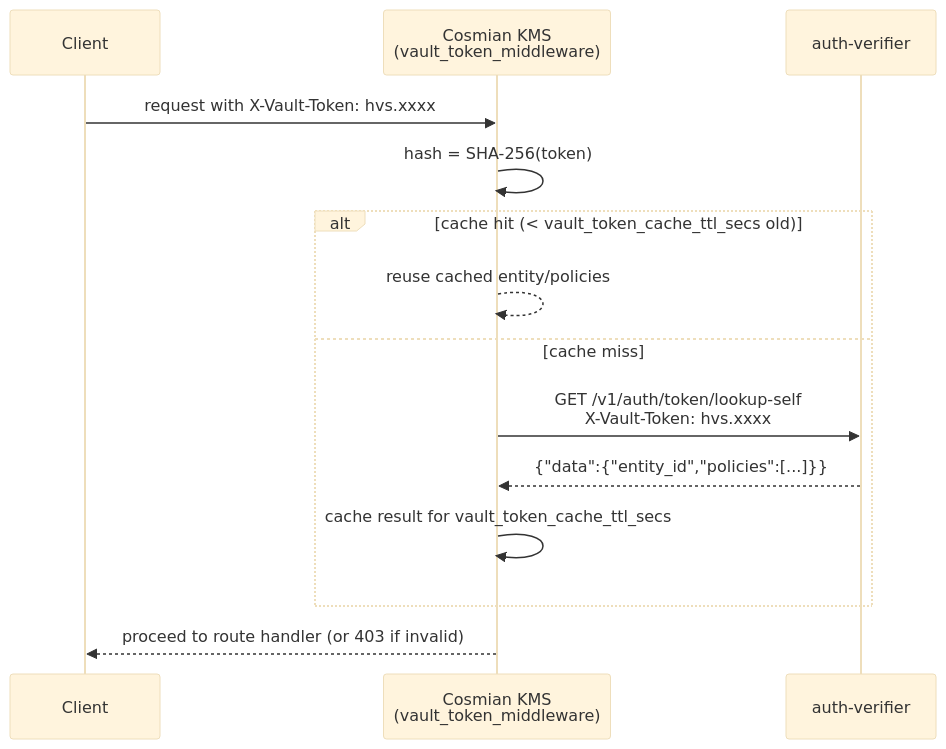
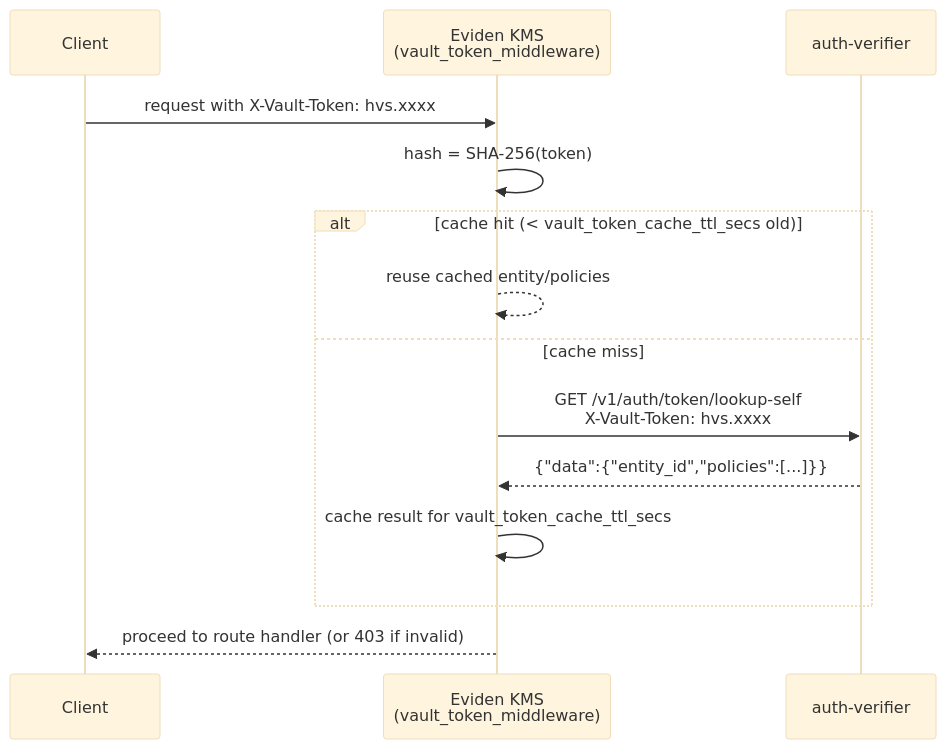
One commit to Cosmian/kms changed the sixth of 7 diagrams in documentation/docs/integrations/spire_spiffe.md. Above: the diagram before and after it, drawn with Mermaid (base theme). The commit also changed other lines of this file and 10 other files, not shown here.

````diff
--- a/documentation/docs/integrations/spire_spiffe.md
+++ b/documentation/docs/integrations/spire_spiffe.md
@@ -465,17 +465,17 @@
 ```mermaid
 sequenceDiagram
     participant Client
-    participant KMS as Cosmian KMS<br/>(vault_token_middleware)
+    participant KMS as Eviden KMS<br/>(vault_token_middleware)
     participant AuthV as auth-verifier
 
     Client->>KMS: request with X-Vault-Token: hvs.xxxx
     KMS->>KMS: hash = SHA-256(token)
     alt cache hit (< vault_token_cache_ttl_secs old)
         KMS-->>KMS: reuse cached entity/policies
     else cache miss
         KMS->>AuthV: GET /v1/auth/token/lookup-self<br/>X-Vault-Token: hvs.xxxx
         AuthV-->>KMS: {"data":{"entity_id","policies":[...]}}
         KMS->>KMS: cache result for vault_token_cache_ttl_secs
     end
     KMS-->>Client: proceed to route handler (or 403 if invalid)
 ```
````
